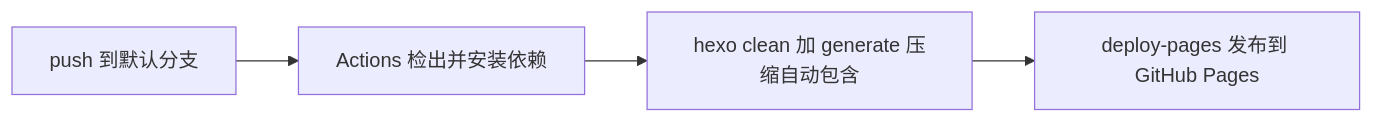
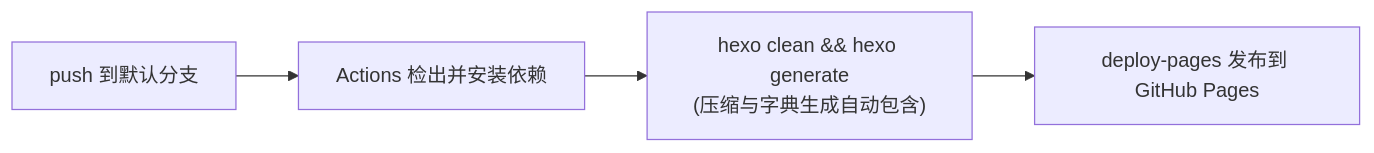
Before and after one commit to huyangpahuo/magzine-branch: the third of 3 diagrams in docs/03-构建与部署.md, drawn with Mermaid. The commit also changed other lines of this file and 12 other files, not shown here.

````diff
--- a/docs/03-构建与部署.md
+++ b/docs/03-构建与部署.md
@@ -33,6 +91,6 @@
 ```mermaid
 flowchart LR
     P["push 到默认分支"] --> CI["Actions 检出并安装依赖"]
-    CI --> B["hexo clean 加 generate 压缩自动包含"]
+    CI --> B["hexo clean && hexo generate<br/>(压缩与字典生成自动包含)"]
     B --> D["deploy-pages 发布到 GitHub Pages"]
 ```
````
